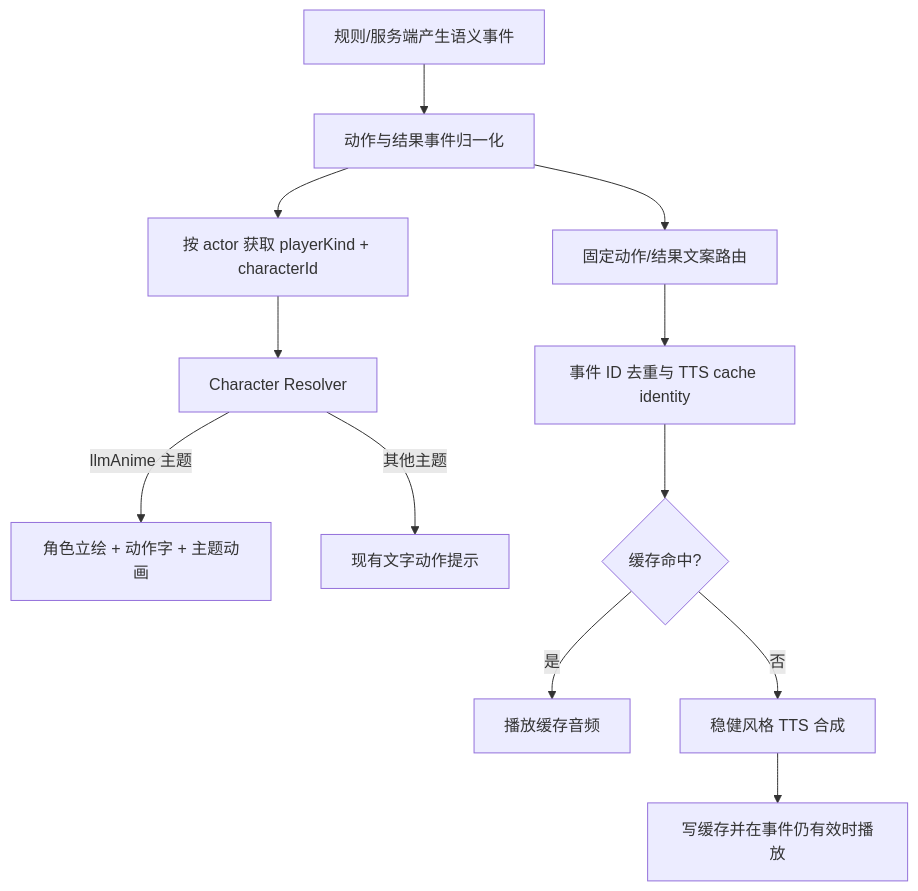
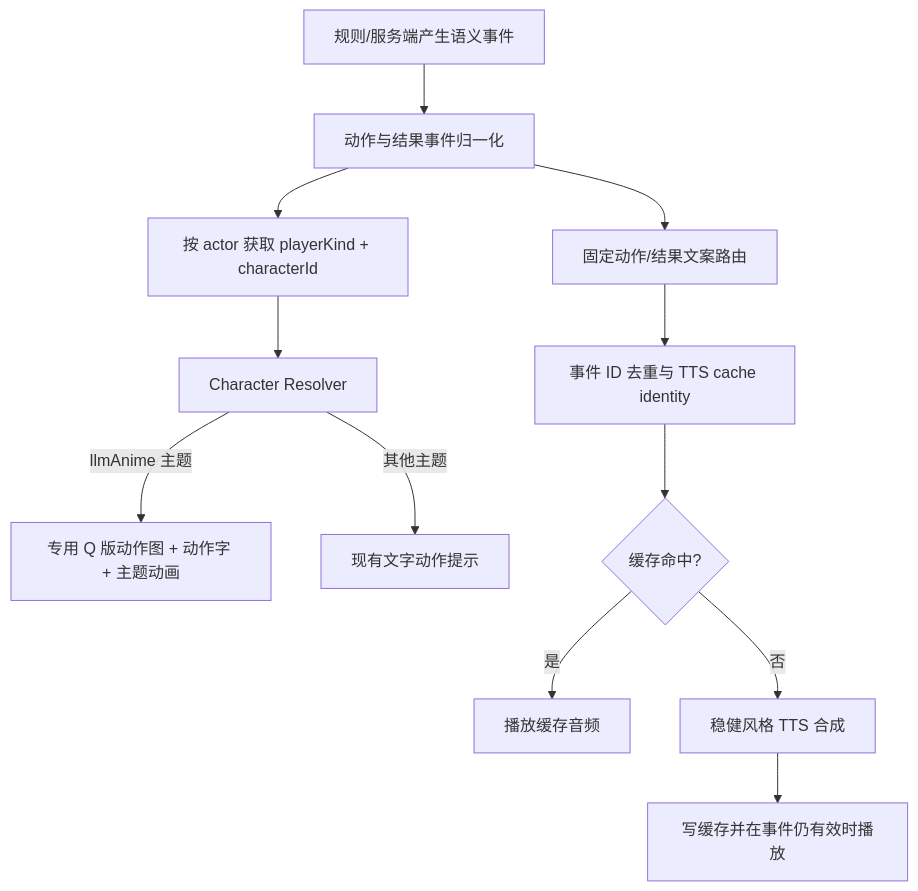
Before and after one commit to BestGuo2020/lianhuaguangdongmahjong: the diagram in docs/llm-anime-theme-implementation-plan.md, drawn with Mermaid. The commit also changed other lines of this file and 22 other files, not shown here.

````diff
--- a/docs/llm-anime-theme-implementation-plan.md
+++ b/docs/llm-anime-theme-implementation-plan.md
@@ -344,14 +349,14 @@
 ```mermaid
 flowchart TD
   E[规则/服务端产生语义事件] --> N[动作与结果事件归一化]
   N --> P[按 actor 获取 playerKind + characterId]
   P --> R[Character Resolver]
-  R -->|llmAnime 主题| V[角色立绘 + 动作字 + 主题动画]
+  R -->|llmAnime 主题| V[专用 Q 版动作图 + 动作字 + 主题动画]
   R -->|其他主题| L[现有文字动作提示]
   N --> A[固定动作/结果文案路由]
   A --> D[事件 ID 去重与 TTS cache identity]
   D --> C{缓存命中?}
   C -->|是| S[播放缓存音频]
   C -->|否| T[稳健风格 TTS 合成]
   T --> K[写缓存并在事件仍有效时播放]
 ```
````
